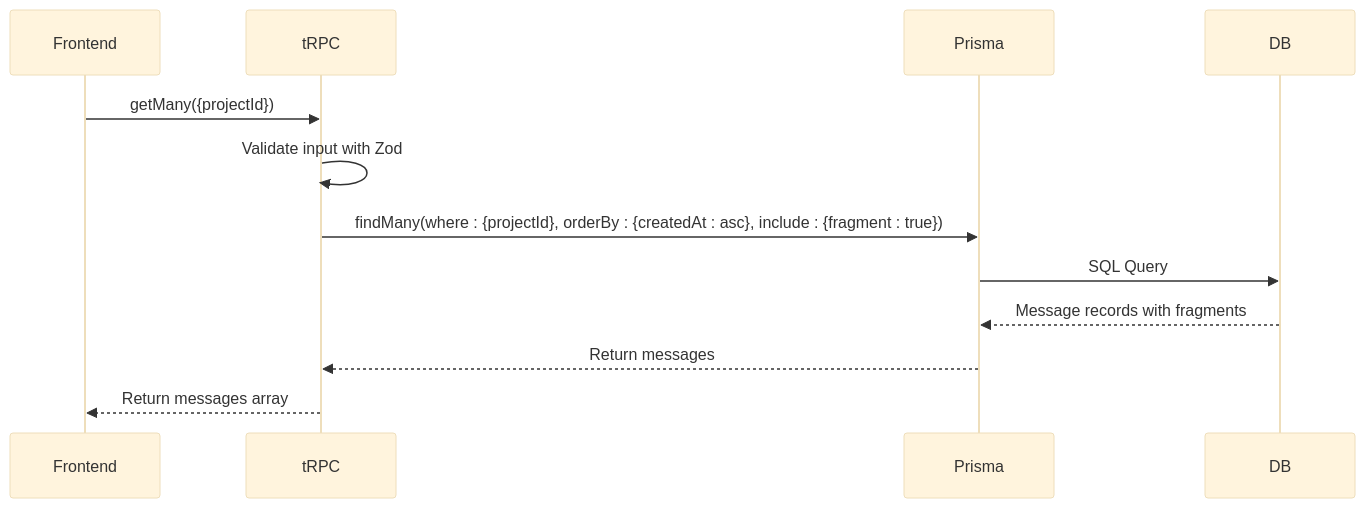
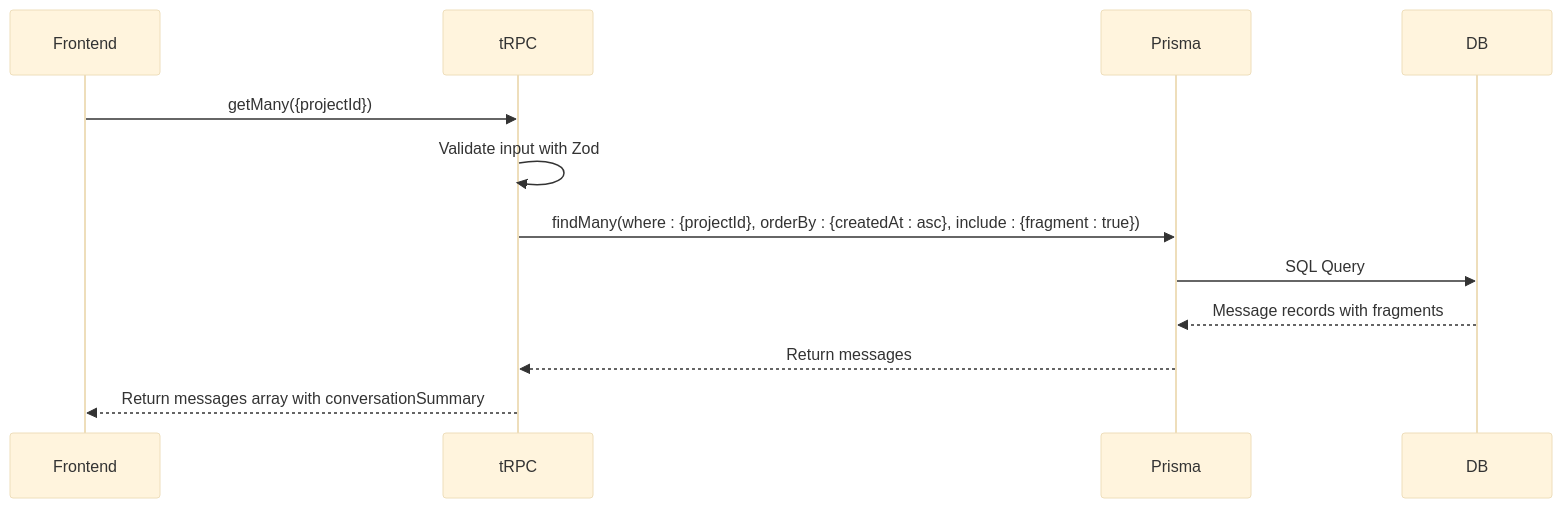
One commit to roisulimani/qai changed the third of 9 diagrams in .qoder/repowiki/en/content/API Reference/tRPC Procedures/Messages Router/Messages Router.md. Above: the diagram before and after it, drawn with Mermaid (base theme). The commit also changed other lines of this file and 5 other files, not shown here.

````diff
--- a/.qoder/repowiki/en/content/API Reference/tRPC Procedures/Messages Router/Messages Router.md
+++ b/.qoder/repowiki/en/content/API Reference/tRPC Procedures/Messages Router/Messages Router.md
@@ -105,14 +124,14 @@
 ```mermaid
 sequenceDiagram
 participant Frontend
 participant tRPC
 participant Prisma
 participant DB
 Frontend->>tRPC : getMany({projectId})
 tRPC->>tRPC : Validate input with Zod
 tRPC->>Prisma : findMany(where : {projectId}, orderBy : {createdAt : asc}, include : {fragment : true})
 Prisma->>DB : SQL Query
 DB-->>Prisma : Message records with fragments
 Prisma-->>tRPC : Return messages
-tRPC-->>Frontend : Return messages array
+tRPC-->>Frontend : Return messages array with conversationSummary
 ```
````
